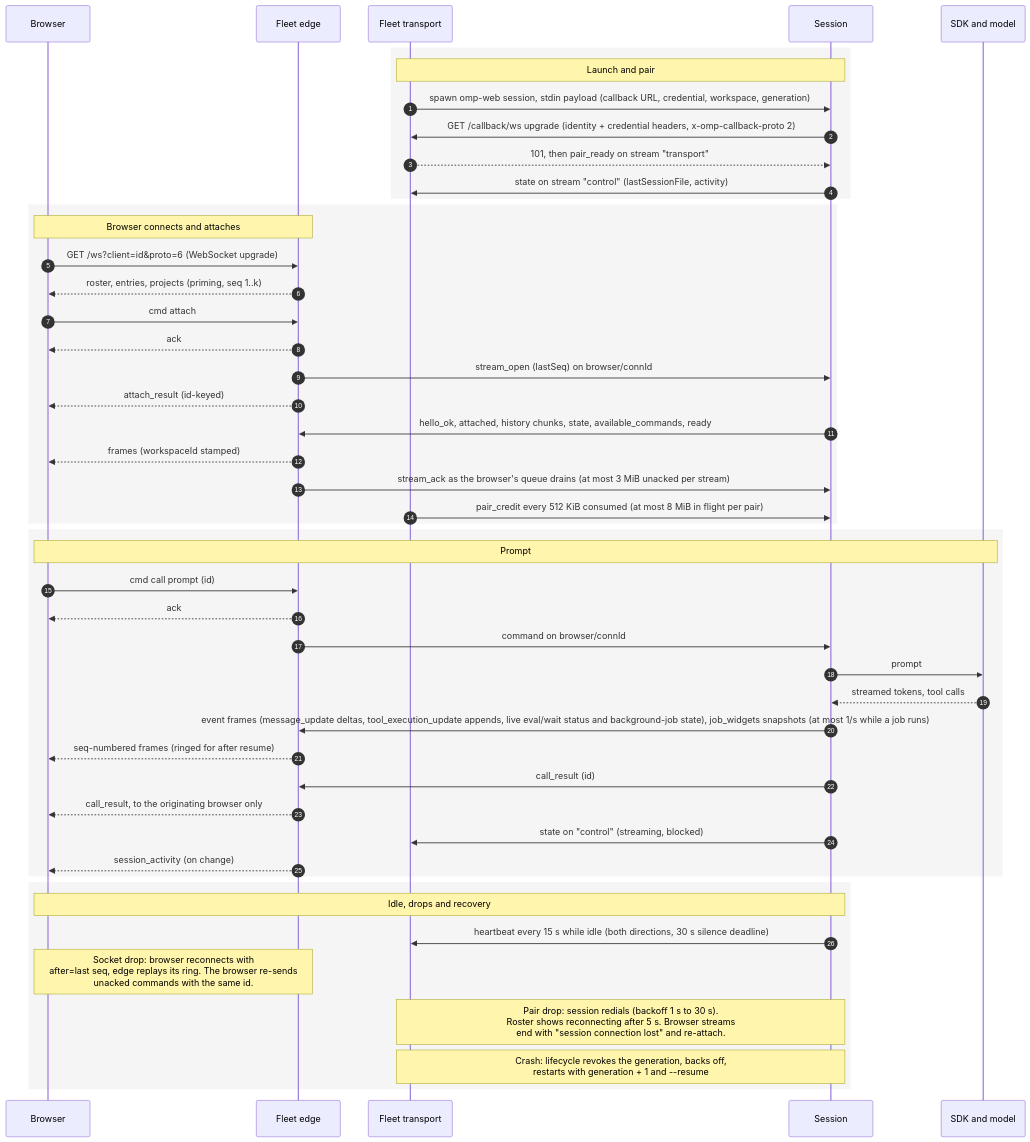
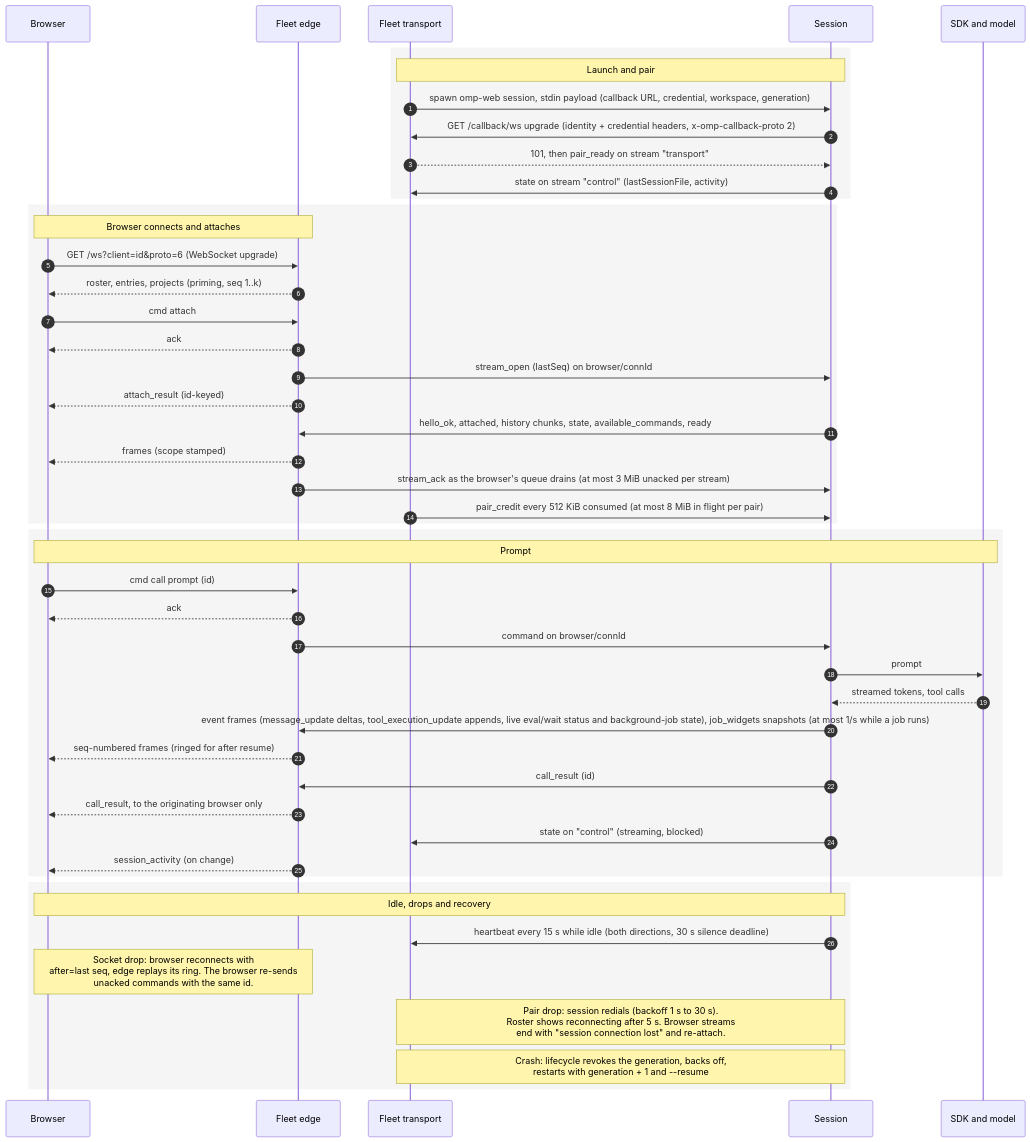
Before and after one commit to nibblebot/omp-web: the second of 2 diagrams in docs/architecture.md, drawn with Mermaid. The commit also changed other lines of this file and 20 other files, not shown here.

First line of the commit message:
refactor(wire): the edge's attachment stamp is `scope`, not `workspaceId` (h1p5)

````diff
--- a/docs/architecture.md
+++ b/docs/architecture.md
@@ -64,54 +64,54 @@
 ```mermaid
 sequenceDiagram
   autonumber
   participant B as Browser
   participant E as Fleet edge
   participant T as Fleet transport
   participant S as Session
   participant M as SDK and model
 
   rect rgba(128,128,128,0.08)
   Note over T,S: Launch and pair
   T->>S: spawn omp-web session, stdin payload (callback URL, credential, workspace, generation)
   S->>T: GET /callback/ws upgrade (identity + credential headers, x-omp-callback-proto 2)
   T-->>S: 101, then pair_ready on stream "transport"
   S->>T: state on stream "control" (lastSessionFile, activity)
   end
 
   rect rgba(128,128,128,0.08)
   Note over B,E: Browser connects and attaches
   B->>E: GET /ws?client=id&proto=6 (WebSocket upgrade)
   E-->>B: roster, entries, projects (priming, seq 1..k)
   B->>E: cmd attach
   E-->>B: ack
   E->>S: stream_open (lastSeq) on browser/connId
   E-->>B: attach_result (id-keyed)
   S->>E: hello_ok, attached, history chunks, state, available_commands, ready
-  E-->>B: frames (workspaceId stamped)
+  E-->>B: frames (scope stamped)
   E->>S: stream_ack as the browser's queue drains (at most 3 MiB unacked per stream)
   T->>S: pair_credit every 512 KiB consumed (at most 8 MiB in flight per pair)
   end
 
   rect rgba(128,128,128,0.08)
   Note over B,M: Prompt
   B->>E: cmd call prompt (id)
   E-->>B: ack
   E->>S: command on browser/connId
   S->>M: prompt
   M-->>S: streamed tokens, tool calls
   S->>E: event frames (message_update deltas, tool_execution_update appends, live eval/wait status and background-job state), job_widgets snapshots (at most 1/s while a job runs)
   E-->>B: seq-numbered frames (ringed for after resume)
   S->>E: call_result (id)
   E-->>B: call_result, to the originating browser only
   S->>T: state on "control" (streaming, blocked)
   E-->>B: session_activity (on change)
   end
 
   rect rgba(128,128,128,0.08)
   Note over B,S: Idle, drops and recovery
   S->>T: heartbeat every 15 s while idle (both directions, 30 s silence deadline)
   Note over B,E: Socket drop: browser reconnects with<br/>after=last seq, edge replays its ring. The browser re-sends<br/>unacked commands with the same id.
   Note over T,S: Pair drop: session redials (backoff 1 s to 30 s).<br/>Roster shows reconnecting after 5 s. Browser streams<br/>end with "session connection lost" and re-attach.
   Note over T,S: Crash: lifecycle revokes the generation, backs off,<br/>restarts with generation + 1 and --resume
   end
 ```
````
